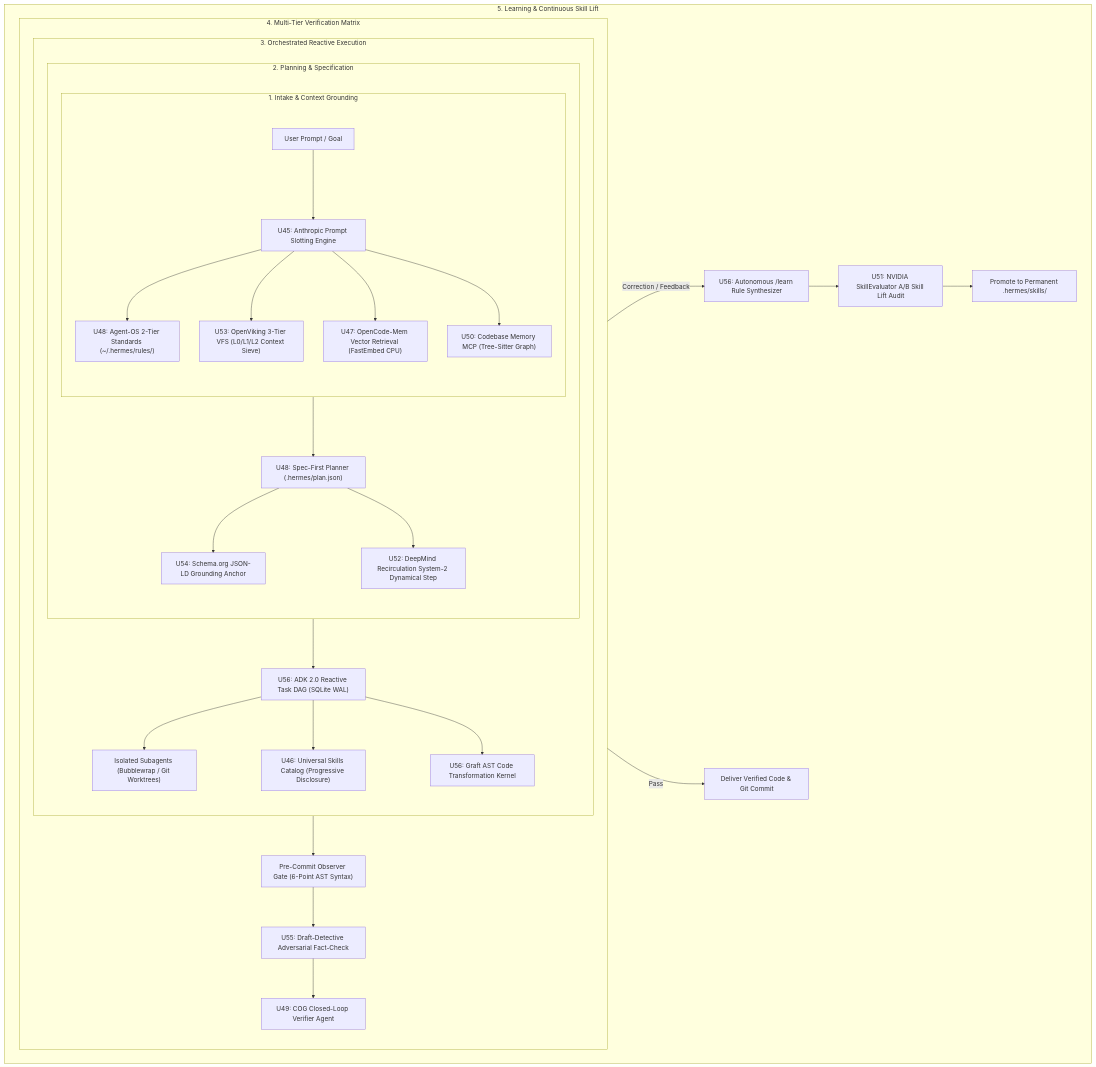
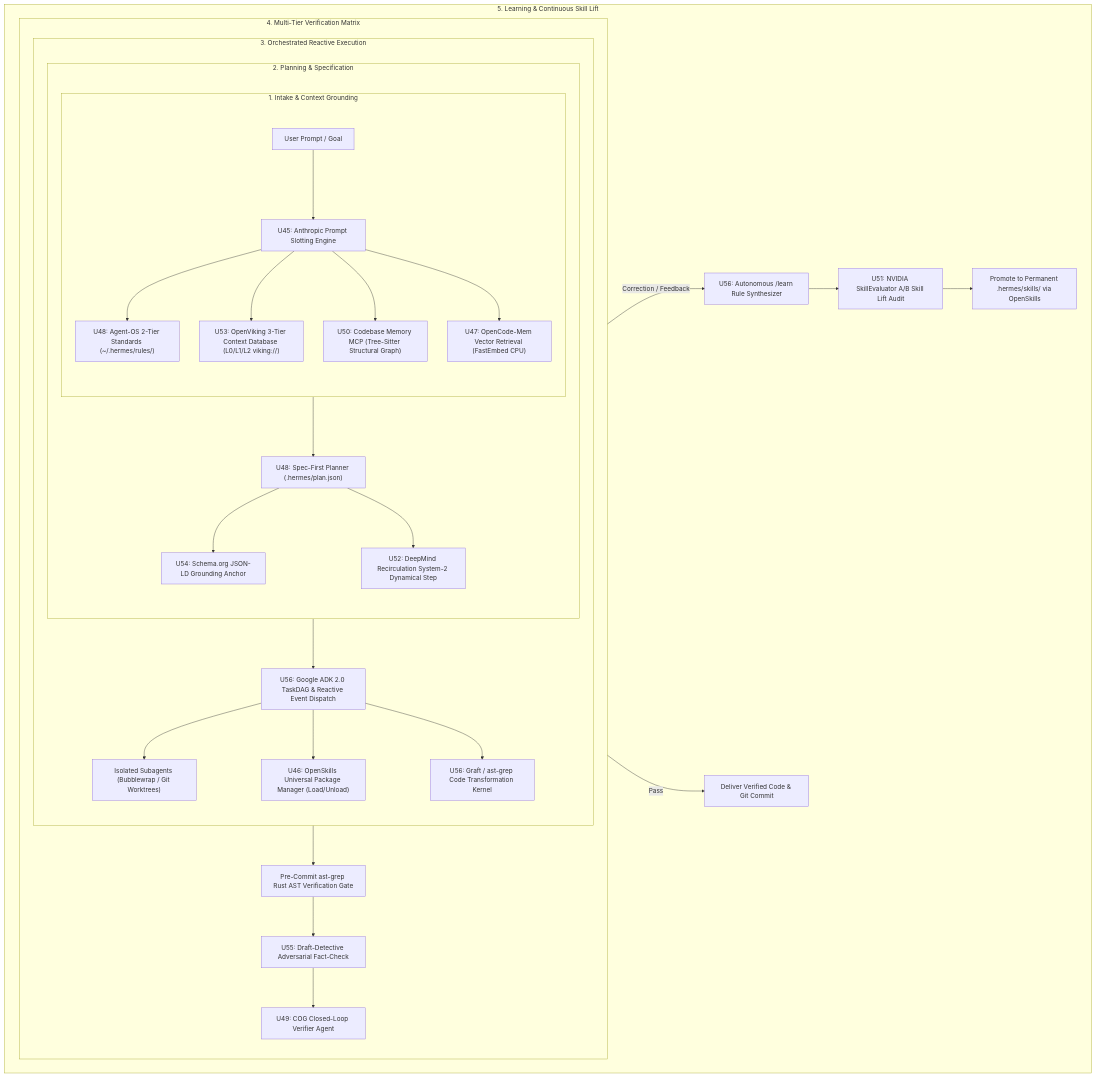
Before and after one commit to imshubhamsocial/dotfiles-hermes: the diagram in docs/roadmaps/active/roadmap4_frontier_cognitive_os.md, drawn with Mermaid. The commit also changed other lines of this file, not shown here.

Commit message:
docs(roadmap4): integrate OpenSkills, OpenViking, ast-grep, and concrete tools into Roadmap 4 specification

````diff
--- a/docs/roadmaps/active/roadmap4_frontier_cognitive_os.md
+++ b/docs/roadmaps/active/roadmap4_frontier_cognitive_os.md
@@ -27,36 +29,36 @@
 ```mermaid
 flowchart TD
     subgraph INTAKE ["1. Intake & Context Grounding"]
         USER["User Prompt / Goal"] --> SLOT["U45: Anthropic Prompt Slotting Engine"]
         SLOT --> RULES["U48: Agent-OS 2-Tier Standards (~/.hermes/rules/)"]
-        SLOT --> VFS["U53: OpenViking 3-Tier VFS (L0/L1/L2 Context Sieve)"]
+        SLOT --> VIKING["U53: OpenViking 3-Tier Context Database (L0/L1/L2 viking://)"]
+        SLOT --> MCP["U50: Codebase Memory MCP (Tree-Sitter Structural Graph)"]
         SLOT --> MEM["U47: OpenCode-Mem Vector Retrieval (FastEmbed CPU)"]
-        SLOT --> MCP["U50: Codebase Memory MCP (Tree-Sitter Graph)"]
     end
 
     subgraph PLANNING ["2. Planning & Specification"]
         INTAKE --> SPEC["U48: Spec-First Planner (.hermes/plan.json)"]
         SPEC --> SCHEMA["U54: Schema.org JSON-LD Grounding Anchor"]
         SPEC --> RECUR["U52: DeepMind Recirculation System-2 Dynamical Step"]
     end
 
     subgraph EXECUTION ["3. Orchestrated Reactive Execution"]
-        PLANNING --> DAG["U56: ADK 2.0 Reactive Task DAG (SQLite WAL)"]
+        PLANNING --> DAG["U56: Google ADK 2.0 TaskDAG & Reactive Event Dispatch"]
         DAG --> SUBAGENTS["Isolated Subagents (Bubblewrap / Git Worktrees)"]
-        DAG --> SKILLS["U46: Universal Skills Catalog (Progressive Disclosure)"]
-        DAG --> GRAFT["U56: Graft AST Code Transformation Kernel"]
+        DAG --> OPENSKILLS["U46: OpenSkills Universal Package Manager (Load/Unload)"]
+        DAG --> GRAFT["U56: Graft / ast-grep Code Transformation Kernel"]
     end
 
     subgraph VERIFICATION ["4. Multi-Tier Verification Matrix"]
-        EXECUTION --> OBS["Pre-Commit Observer Gate (6-Point AST Syntax)"]
-        OBS --> DRAFT["U55: Draft-Detective Adversarial Fact-Check"]
+        EXECUTION --> ASTG["Pre-Commit ast-grep Rust AST Verification Gate"]
+        ASTG --> DRAFT["U55: Draft-Detective Adversarial Fact-Check"]
         DRAFT --> COG["U49: COG Closed-Loop Verifier Agent"]
     end
 
     subgraph EVOLUTION ["5. Learning & Continuous Skill Lift"]
         VERIFICATION -->|Pass| DELIVER["Deliver Verified Code & Git Commit"]
         VERIFICATION -->|Correction / Feedback| LEARN["U56: Autonomous /learn Rule Synthesizer"]
         LEARN --> LIFT["U51: NVIDIA SkillEvaluator A/B Skill Lift Audit"]
-        LIFT --> CATALOG["Promote to Permanent .hermes/skills/"]
+        LIFT --> CATALOG["Promote to Permanent .hermes/skills/ via OpenSkills"]
     end
 ```
````
